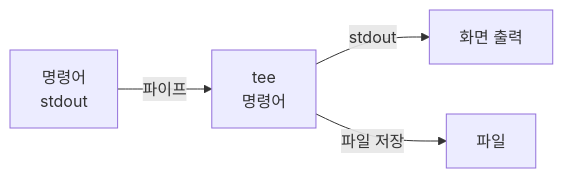
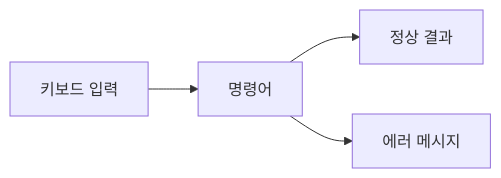
Before and after one commit to sbaek100/sbaek100.github.io: the diagram in _posts/2026-03-06-Linux-4-4.md, drawn with Mermaid. The commit also changed other lines of this file and 3 other files, not shown here.

````diff
--- a/_posts/2026-03-06-Linux-4-4.md
+++ b/_posts/2026-03-06-Linux-4-4.md
@@ -111,6 +33,6 @@
 ```mermaid
 flowchart LR
-    A["명령어<br/>stdout"] -->|"파이프"| TEE["tee<br/>명령어"]
-    TEE -->|"stdout"| B["화면 출력"]
-    TEE -->|"파일 저장"| C["파일"]
+    A["키보드 입력"] --> B["명령어"]
+    B --> C["정상 결과"]
+    B --> D["에러 메시지"]
 ```
````
